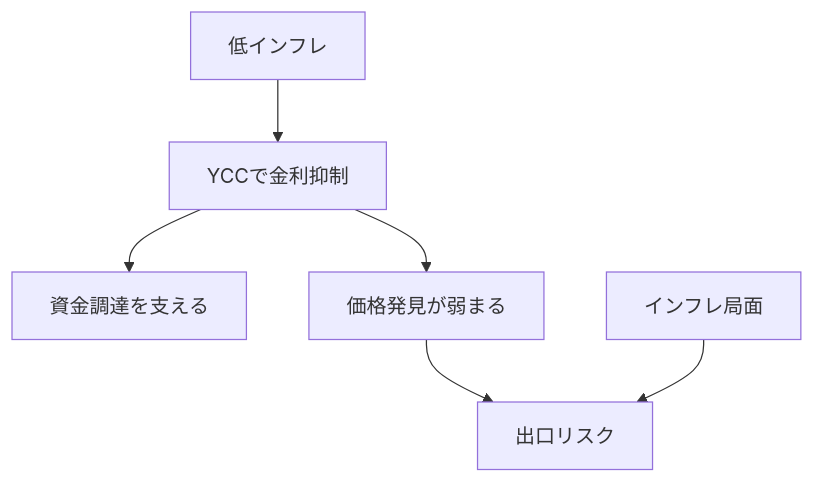
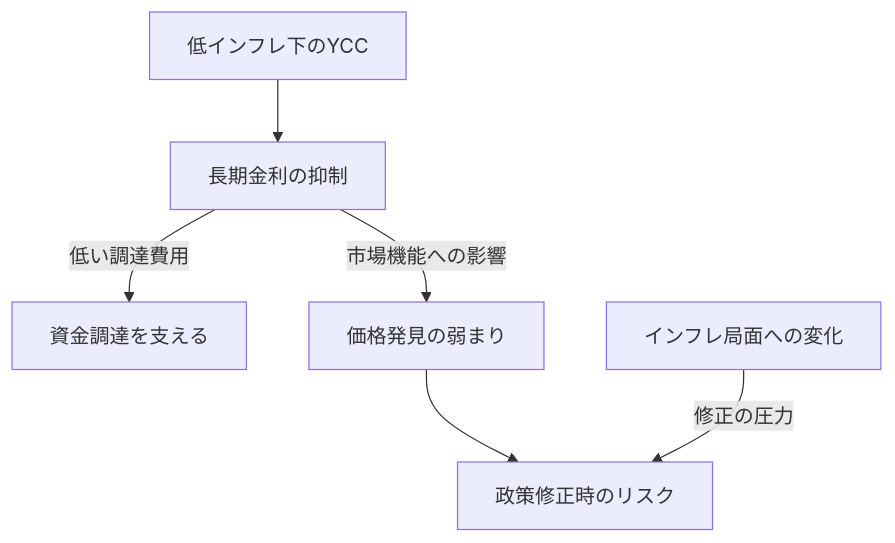
One commit to daylight55/research changed the second of 2 diagrams in articles/report/japan-interest-rate-policy/ja/index.mdx. Above: the diagram before and after it, drawn with Mermaid. The commit also changed other lines of this file and 181 other files, not shown here.

First line of the commit message:
全記事の図解368点を再生成し、共通注意書きを削除 (#402)

````diff
--- a/articles/report/japan-interest-rate-policy/ja/index.mdx
+++ b/articles/report/japan-interest-rate-policy/ja/index.mdx
@@ -116,8 +121,16 @@
 ```mermaid
 flowchart TD
-  A["低インフレ"] --> B["YCCで金利抑制"]
-  B --> C["資金調達を支える"]
-  B --> D["価格発見が弱まる"]
-  D --> E["出口リスク"]
-  F["インフレ局面"] --> E
+  accTitle: YCCの調達支援と価格発見への影響
+  accDescr: 長期金利の抑制は資金調達を支えるが、債券市場の価格発見と政策修正時のリスクも伴う。
+  N0["低インフレ下のYCC"]
+  N1["長期金利の抑制"]
+  N2["資金調達を支える"]
+  N3["価格発見の弱まり"]
+  N4["政策修正時のリスク"]
+  N5["インフレ局面への変化"]
+  N0 --> N1
+  N1 -->|低い調達費用| N2
+  N1 -->|市場機能への影響| N3
+  N3 --> N4
+  N5 -->|修正の圧力| N4
 ```
````
